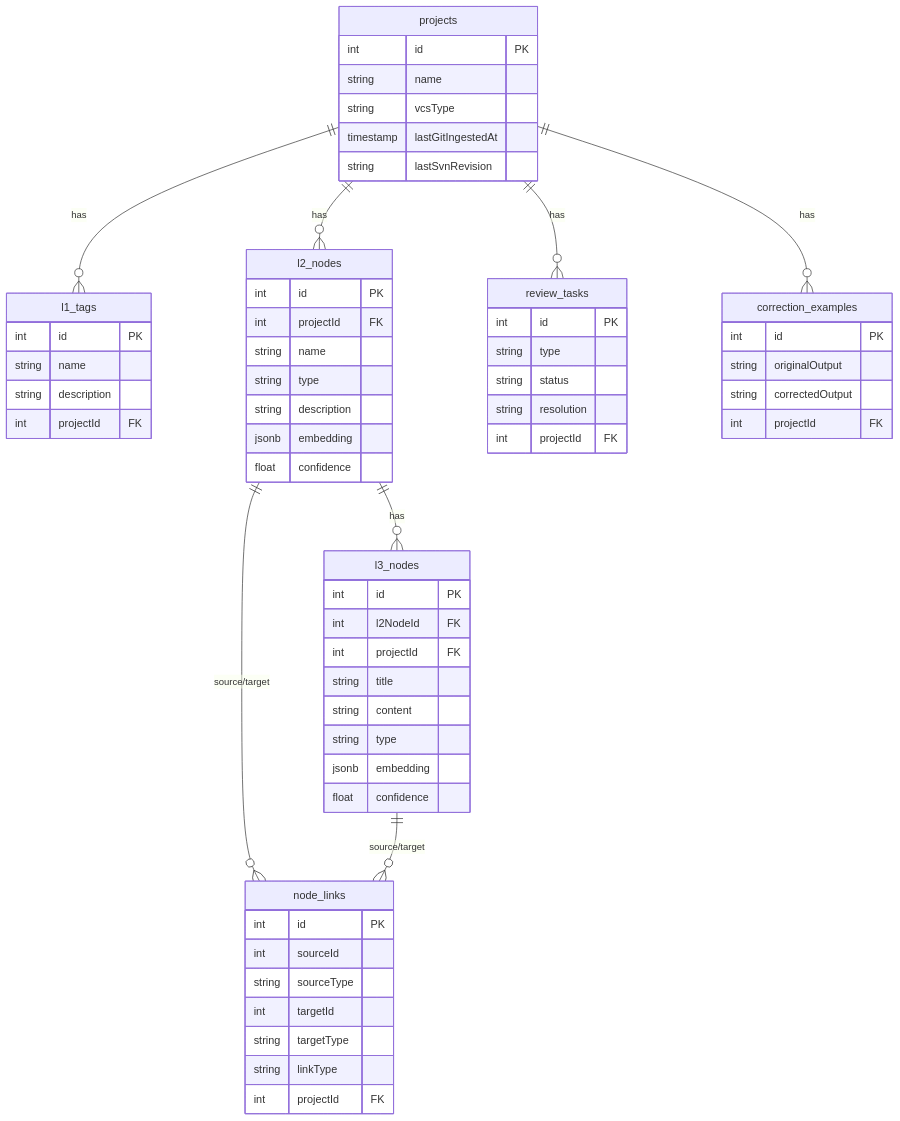
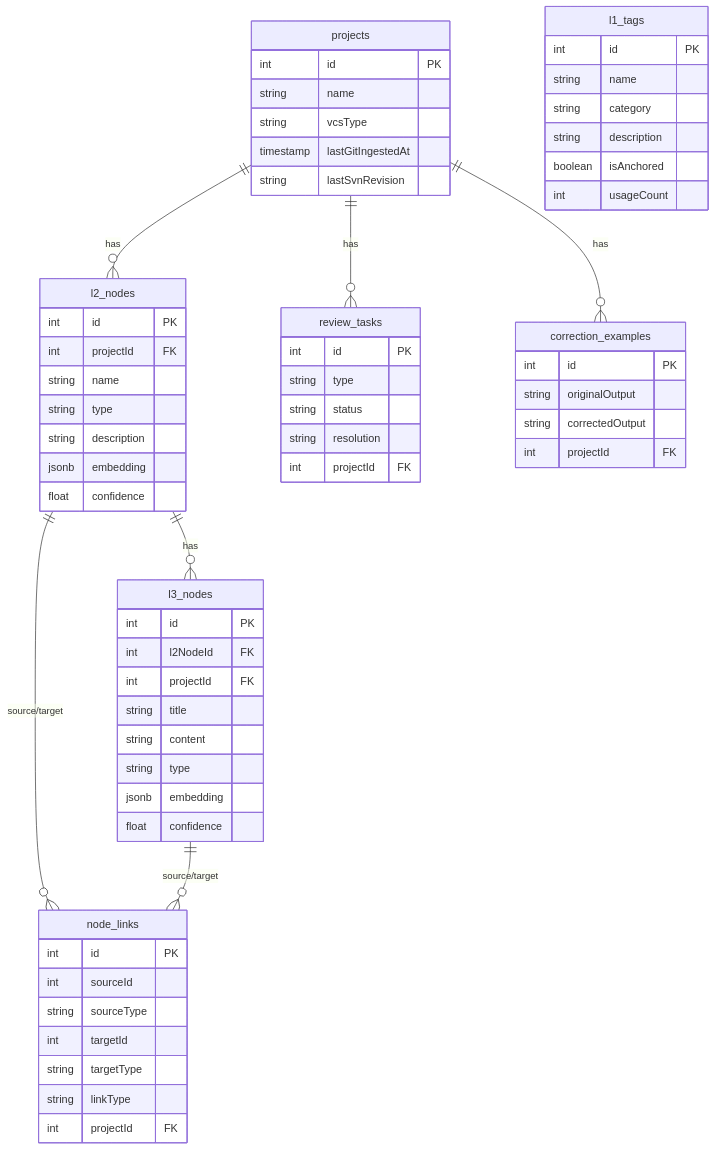
The diagram in docs/design/08-crosscutting-concepts.md (dyphn1/Docuvia), drawn with Mermaid before and after one commit. The commit also changed other lines of this file and 39 other files, not shown here.

````diff
--- a/docs/design/08-crosscutting-concepts.md
+++ b/docs/design/08-crosscutting-concepts.md
@@ -9,65 +9,66 @@
 ```mermaid
 erDiagram
     projects {
         int id PK
         string name
         string vcsType
         timestamp lastGitIngestedAt
         string lastSvnRevision
     }
     l1_tags {
         int id PK
         string name
+        string category
         string description
-        int projectId FK
+        boolean isAnchored
+        int usageCount
     }
     l2_nodes {
         int id PK
         int projectId FK
         string name
         string type
         string description
         jsonb embedding
         float confidence
     }
     l3_nodes {
         int id PK
         int l2NodeId FK
         int projectId FK
         string title
         string content
         string type
         jsonb embedding
         float confidence
     }
     node_links {
         int id PK
         int sourceId
         string sourceType
         int targetId
         string targetType
         string linkType
         int projectId FK
     }
     review_tasks {
         int id PK
         string type
         string status
         string resolution
         int projectId FK
     }
     correction_examples {
         int id PK
         string originalOutput
         string correctedOutput
         int projectId FK
     }
 
-    projects ||--o{ l1_tags : "has"
     projects ||--o{ l2_nodes : "has"
     l2_nodes ||--o{ l3_nodes : "has"
     l2_nodes ||--o{ node_links : "source/target"
     l3_nodes ||--o{ node_links : "source/target"
     projects ||--o{ review_tasks : "has"
     projects ||--o{ correction_examples : "has"
 ```
````
